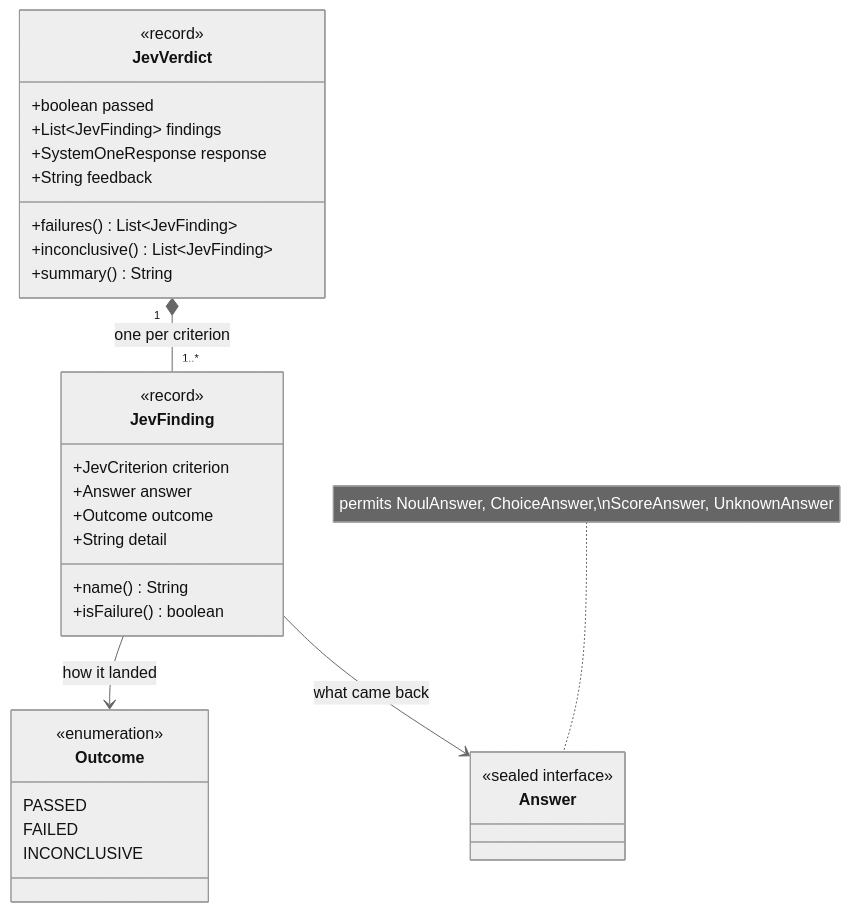
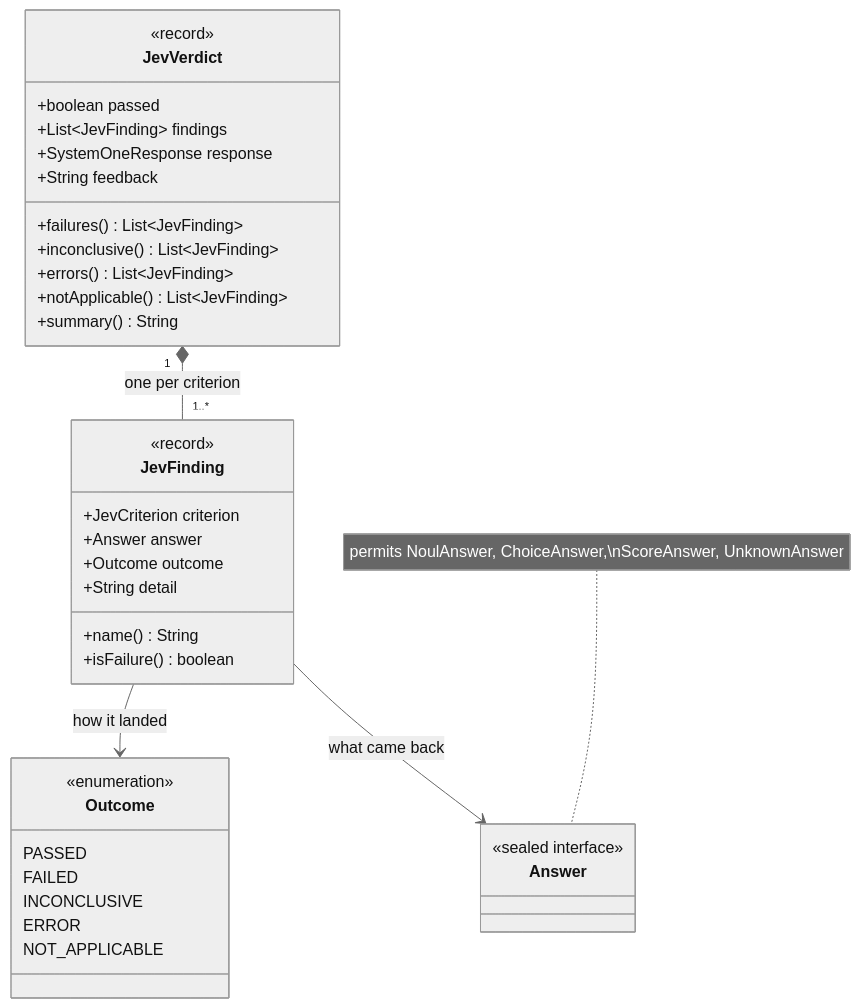
One commit to spring-ai-community/spring-ai-typesafe changed the third of 3 diagrams in docs/judge/JevJudge.md. Above: the diagram before and after it, drawn with Mermaid (neutral theme). The commit also changed other lines of this file and 28 other files, not shown here.

````diff
--- a/docs/judge/JevJudge.md
+++ b/docs/judge/JevJudge.md
@@ -183,42 +323,46 @@
 ```mermaid
 classDiagram
     direction TB
 
     class JevVerdict {
         <<record>>
         +boolean passed
         +List~JevFinding~ findings
         +SystemOneResponse response
         +String feedback
         +failures() List~JevFinding~
         +inconclusive() List~JevFinding~
+        +errors() List~JevFinding~
+        +notApplicable() List~JevFinding~
         +summary() String
     }
 
     class JevFinding {
         <<record>>
         +JevCriterion criterion
         +Answer answer
         +Outcome outcome
         +String detail
         +name() String
         +isFailure() boolean
     }
 
     class Outcome {
         <<enumeration>>
         PASSED
         FAILED
         INCONCLUSIVE
+        ERROR
+        NOT_APPLICABLE
     }
 
     class Answer {
         <<sealed interface>>
     }
 
     JevVerdict "1" *-- "1..*" JevFinding : one per criterion
     JevFinding --> Outcome : how it landed
     JevFinding --> Answer : what came back
 
     note for Answer "permits NoulAnswer, ChoiceAnswer,\nScoreAnswer, UnknownAnswer"
 ```
````
